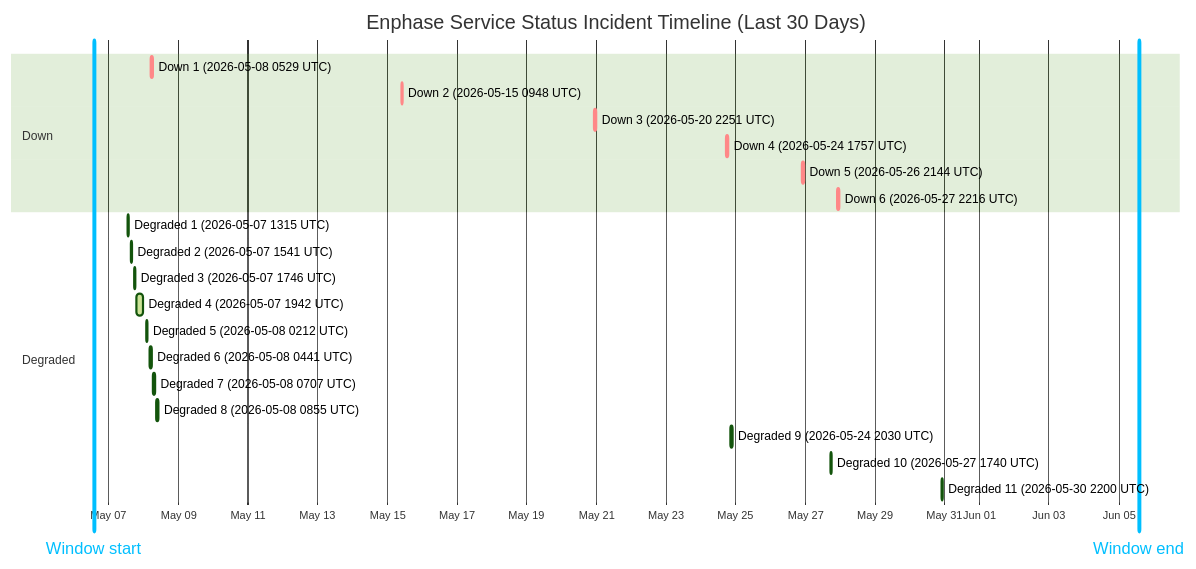
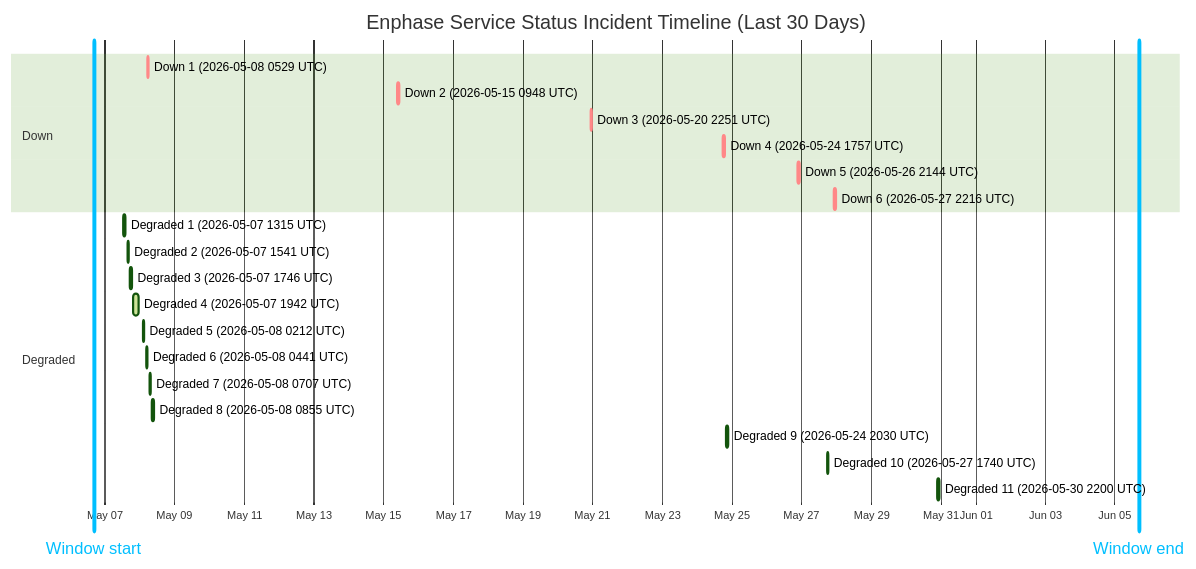
One commit to barneyonline/ha-enphase-energy changed the diagram in wiki/Service-Status-History.md. Above: the diagram before and after it, drawn with Mermaid (forest theme). The commit also changed other lines of this file and 3 other files, not shown here.

````diff
--- a/wiki/Service-Status-History.md
+++ b/wiki/Service-Status-History.md
@@ -14,27 +14,27 @@
 ```mermaid
 gantt
     title Enphase Service Status Incident Timeline (Last 30 Days)
     dateFormat  YYYY-MM-DDTHH:mm:ss
     axisFormat  %b %d
-    Window start :vert, window-start, 2026-05-06T13:51:20, 0ms
-    Window end :vert, window-end, 2026-06-05T13:51:20, 0ms
+    Window start :vert, window-start, 2026-05-06T16:28:37, 0ms
+    Window end :vert, window-end, 2026-06-05T16:28:37, 0ms
     section Down
     Down 1 (2026-05-08 0529 UTC) :crit, down-1, 2026-05-08T05:29:47, 60m
     Down 2 (2026-05-15 0948 UTC) :crit, down-2, 2026-05-15T09:48:18, 60m
     Down 3 (2026-05-20 2251 UTC) :crit, down-3, 2026-05-20T22:51:14, 75m
     Down 4 (2026-05-24 1757 UTC) :crit, down-4, 2026-05-24T17:57:41, 86m
     Down 5 (2026-05-26 2144 UTC) :crit, down-5, 2026-05-26T21:44:11, 85m
     Down 6 (2026-05-27 2216 UTC) :crit, down-6, 2026-05-27T22:16:53, 87m
     section Degraded
     Degraded 1 (2026-05-07 1315 UTC) :active, degraded-1, 2026-05-07T13:15:25, 60m
     Degraded 2 (2026-05-07 1541 UTC) :active, degraded-2, 2026-05-07T15:41:58, 60m
     Degraded 3 (2026-05-07 1746 UTC) :active, degraded-3, 2026-05-07T17:46:51, 60m
     Degraded 4 (2026-05-07 1942 UTC) :active, degraded-4, 2026-05-07T19:42:10, 249m
     Degraded 5 (2026-05-08 0212 UTC) :active, degraded-5, 2026-05-08T02:12:39, 60m
     Degraded 6 (2026-05-08 0441 UTC) :active, degraded-6, 2026-05-08T04:41:46, 60m
     Degraded 7 (2026-05-08 0707 UTC) :active, degraded-7, 2026-05-08T07:07:30, 60m
     Degraded 8 (2026-05-08 0855 UTC) :active, degraded-8, 2026-05-08T08:55:20, 88m
     Degraded 9 (2026-05-24 2030 UTC) :active, degraded-9, 2026-05-24T20:30:57, 84m
     Degraded 10 (2026-05-27 1740 UTC) :active, degraded-10, 2026-05-27T17:40:52, 60m
     Degraded 11 (2026-05-30 2200 UTC) :active, degraded-11, 2026-05-30T22:00:37, 60m
 ```
````
